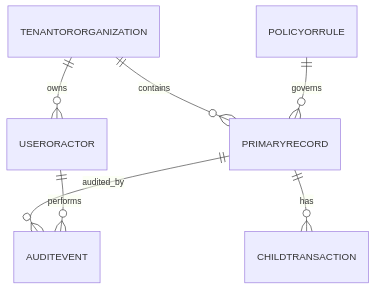
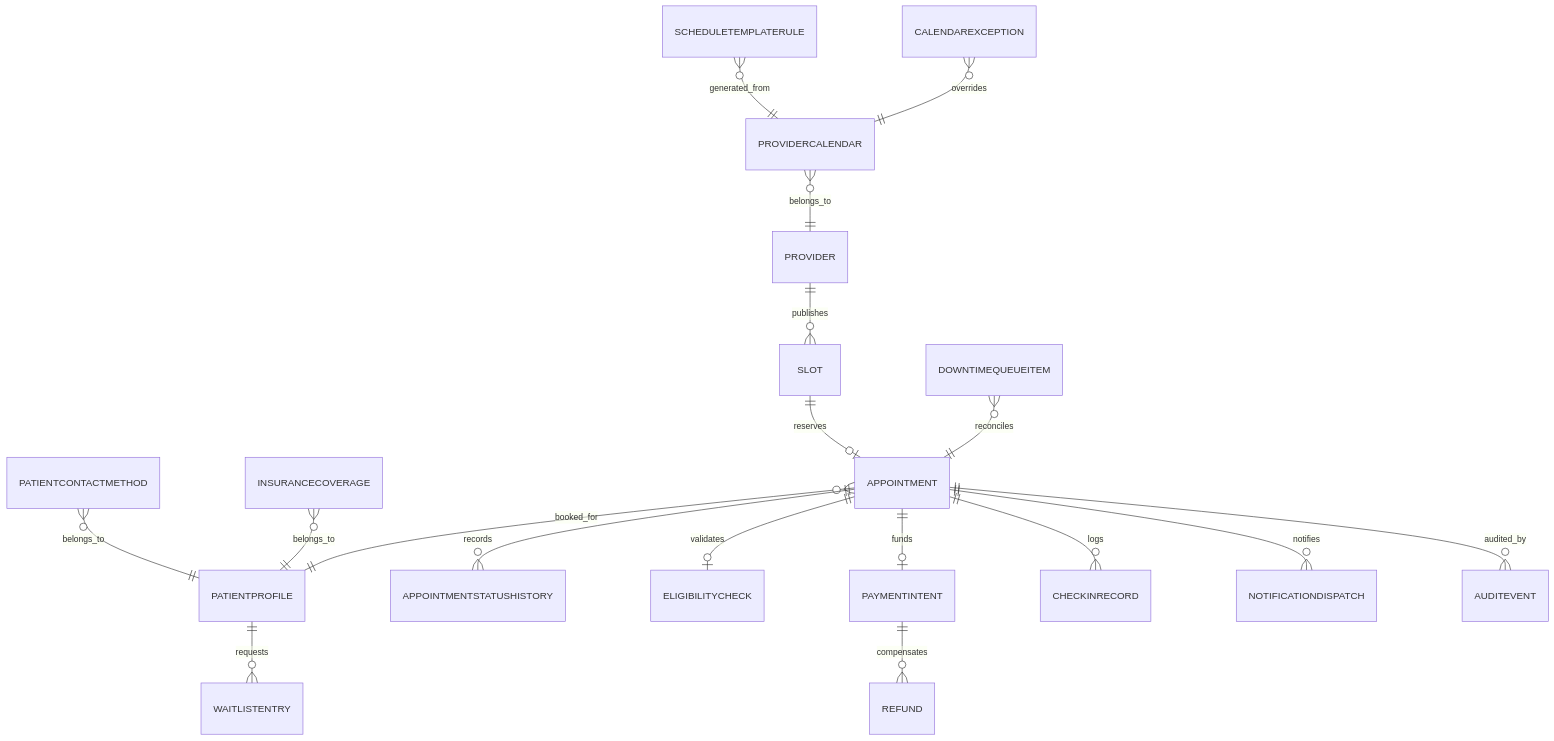
The diagram in Healthcare Appointment System/analysis/data-dictionary.md (0Ankit0/Project-Ideas), drawn with Mermaid before and after one commit. The commit also changed other lines of this file and 18 other files, not shown here.

````diff
--- a/Healthcare Appointment System/analysis/data-dictionary.md
+++ b/Healthcare Appointment System/analysis/data-dictionary.md
@@ -21,9 +33,20 @@
 ```mermaid
 erDiagram
-    TENANTORORGANIZATION ||--o{ USERORACTOR : owns
-    TENANTORORGANIZATION ||--o{ PRIMARYRECORD : contains
-    PRIMARYRECORD ||--o{ CHILDTRANSACTION : has
-    POLICYORRULE ||--o{ PRIMARYRECORD : governs
-    PRIMARYRECORD ||--o{ AUDITEVENT : audited_by
-    USERORACTOR ||--o{ AUDITEVENT : performs
+  PATIENTCONTACTMETHOD }o--|| PATIENTPROFILE : belongs_to
+  INSURANCECOVERAGE }o--|| PATIENTPROFILE : belongs_to
+  APPOINTMENT }o--|| PATIENTPROFILE : booked_for
+  PROVIDERCALENDAR }o--|| PROVIDER : belongs_to
+  SCHEDULETEMPLATERULE }o--|| PROVIDERCALENDAR : generated_from
+  CALENDAREXCEPTION }o--|| PROVIDERCALENDAR : overrides
+  PROVIDER ||--o{ SLOT : publishes
+  SLOT ||--o| APPOINTMENT : reserves
+  APPOINTMENT ||--o{ APPOINTMENTSTATUSHISTORY : records
+  APPOINTMENT ||--o| ELIGIBILITYCHECK : validates
+  APPOINTMENT ||--o| PAYMENTINTENT : funds
+  PAYMENTINTENT ||--o{ REFUND : compensates
+  APPOINTMENT ||--o{ CHECKINRECORD : logs
+  APPOINTMENT ||--o{ NOTIFICATIONDISPATCH : notifies
+  PATIENTPROFILE ||--o{ WAITLISTENTRY : requests
+  APPOINTMENT ||--o{ AUDITEVENT : audited_by
+  DOWNTIMEQUEUEITEM }o--|| APPOINTMENT : reconciles
 ```
````
